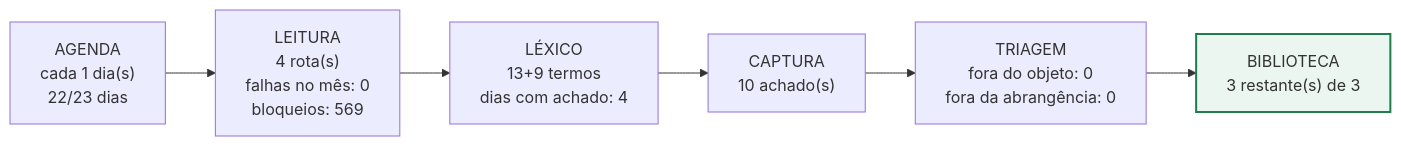
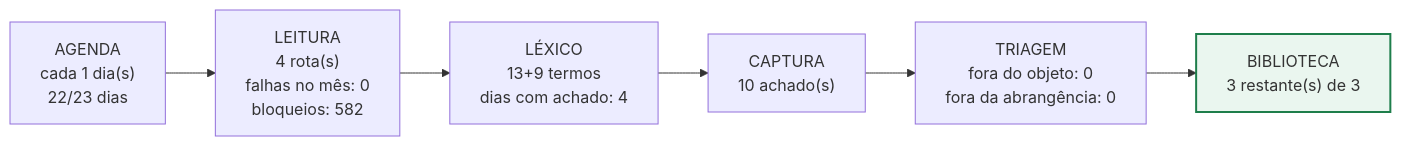
The second of 30 diagrams in biblioteca_alexandria/pareceres/RELATORIO-MOTORES-INDIVIDUAL-2026-09-24.md (amcjardimamerica-arch/Eldorado), drawn with Mermaid before and after one commit. The commit also changed other lines of this file and 10 other files, not shown here.

````diff
--- a/biblioteca_alexandria/pareceres/RELATORIO-MOTORES-INDIVIDUAL-2026-09-24.md
+++ b/biblioteca_alexandria/pareceres/RELATORIO-MOTORES-INDIVIDUAL-2026-09-24.md
@@ -113,11 +113,11 @@
 ```mermaid
 flowchart LR
   A["AGENDA<br/>cada 1 dia(s)<br/>22/23 dias"]
-  L["LEITURA<br/>4 rota(s)<br/>falhas no mês: 0<br/>bloqueios: 569"]
+  L["LEITURA<br/>4 rota(s)<br/>falhas no mês: 0<br/>bloqueios: 582"]
   X["LÉXICO<br/>13+9 termos<br/>dias com achado: 4"]
   C["CAPTURA<br/>10 achado(s)"]
   T["TRIAGEM<br/>fora do objeto: 0<br/>fora da abrangência: 0"]
   B["BIBLIOTECA<br/>3 restante(s) de 3"]
   A --> L --> X --> C --> T --> B
   style B fill:#EAF6EF,stroke:#1E7E4B,stroke-width:2px
 ```
````
